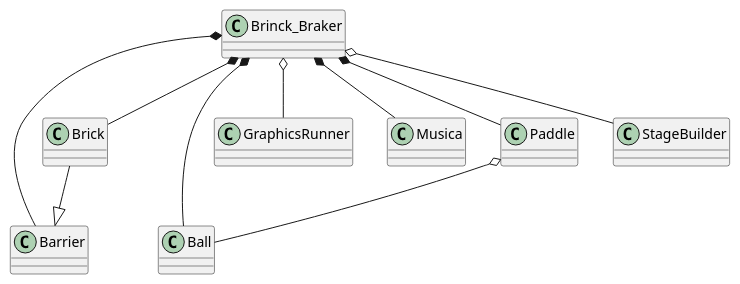
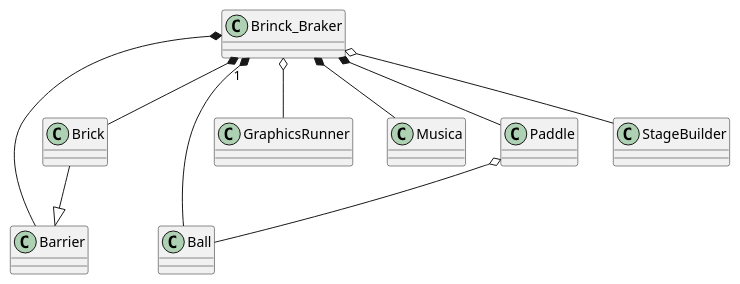
Before and after one commit to SantiagoGarciaVazquez/BrickBreaker: the diagram in docs/Diagrama.puml, drawn with PlantUML. The commit also changed 5 other files, not shown here.

```diff
--- a/docs/Diagrama.puml
+++ b/docs/Diagrama.puml
@@ -1,26 +1,26 @@
 @startuml
 
 class Ball
 class Barrier
 class Brick
 class Brinck_Braker 
 class GraphicsRunner
 class Musica
 class Paddle
 class StageBuilder
 
-Brinck_Braker *-- Ball
+Brinck_Braker "1" *-- Ball
 Brinck_Braker *-- Paddle
 Brinck_Braker *-- Brick
 Brinck_Braker *-- Barrier
 Brinck_Braker *-- Musica
 
 Brinck_Braker o-- GraphicsRunner
 Brinck_Braker o-- StageBuilder
 
 Paddle o-- Ball
 
 Brick --|> Barrier
 
 
 @enduml
```
